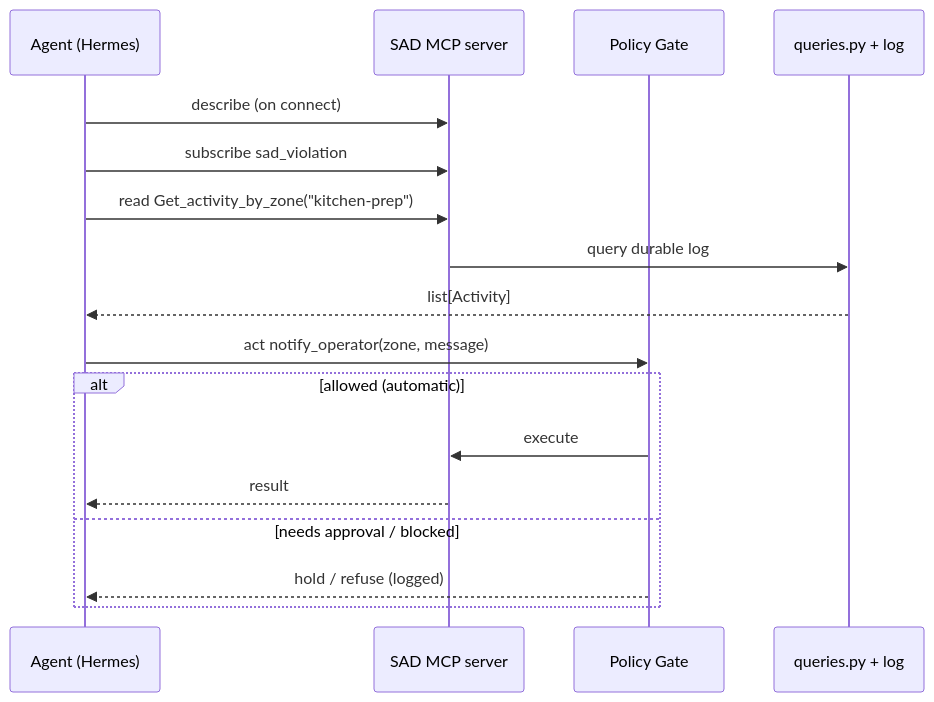
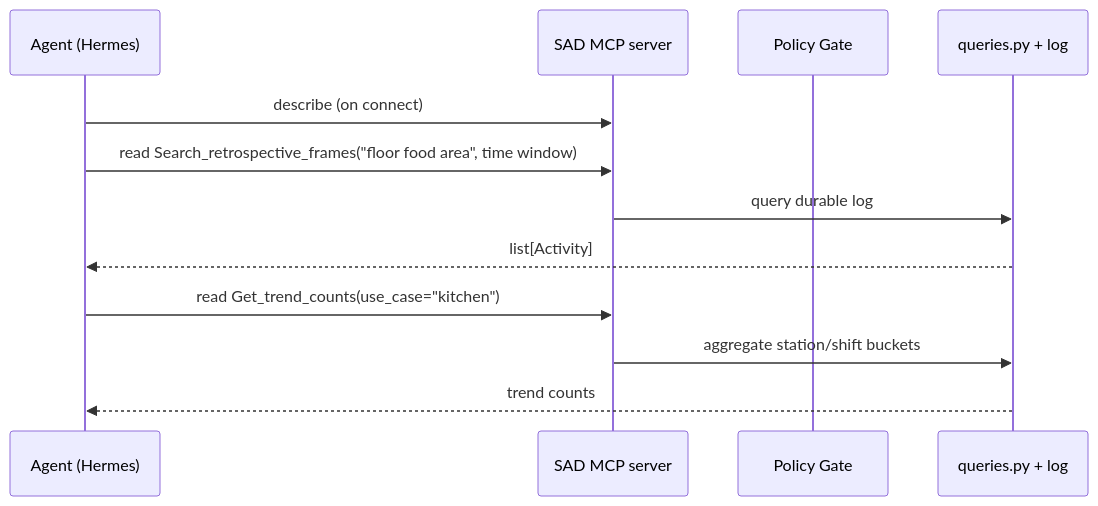
One commit to sachinkaushik/storewide-loss-prevention changed the third of 3 diagrams in suspicious-activity-detection/mcp-service/INTEGRATION.md. Above: the diagram before and after it, drawn with Mermaid. The commit also changed other lines of this file and 14 other files, not shown here.

````diff
--- a/suspicious-activity-detection/mcp-service/INTEGRATION.md
+++ b/suspicious-activity-detection/mcp-service/INTEGRATION.md
@@ -199,20 +227,15 @@
 ```mermaid
 sequenceDiagram
     participant A as Agent (Hermes)
     participant MCP as SAD MCP server
     participant PG as Policy Gate
     participant Q as queries.py + log
 
     A->>MCP: describe (on connect)
-    A->>MCP: subscribe sad_violation
-    A->>MCP: read Get_activity_by_zone("kitchen-prep")
+    A->>MCP: read Search_retrospective_frames("floor food area", time window)
     MCP->>Q: query durable log
     Q-->>A: list[Activity]
-    A->>PG: act notify_operator(zone, message)
-    alt allowed (automatic)
-        PG->>MCP: execute
-        MCP-->>A: result
-    else needs approval / blocked
-        PG-->>A: hold / refuse (logged)
-    end
+    A->>MCP: read Get_trend_counts(use_case="kitchen")
+    MCP->>Q: aggregate station/shift buckets
+    Q-->>A: trend counts
 ```
````
